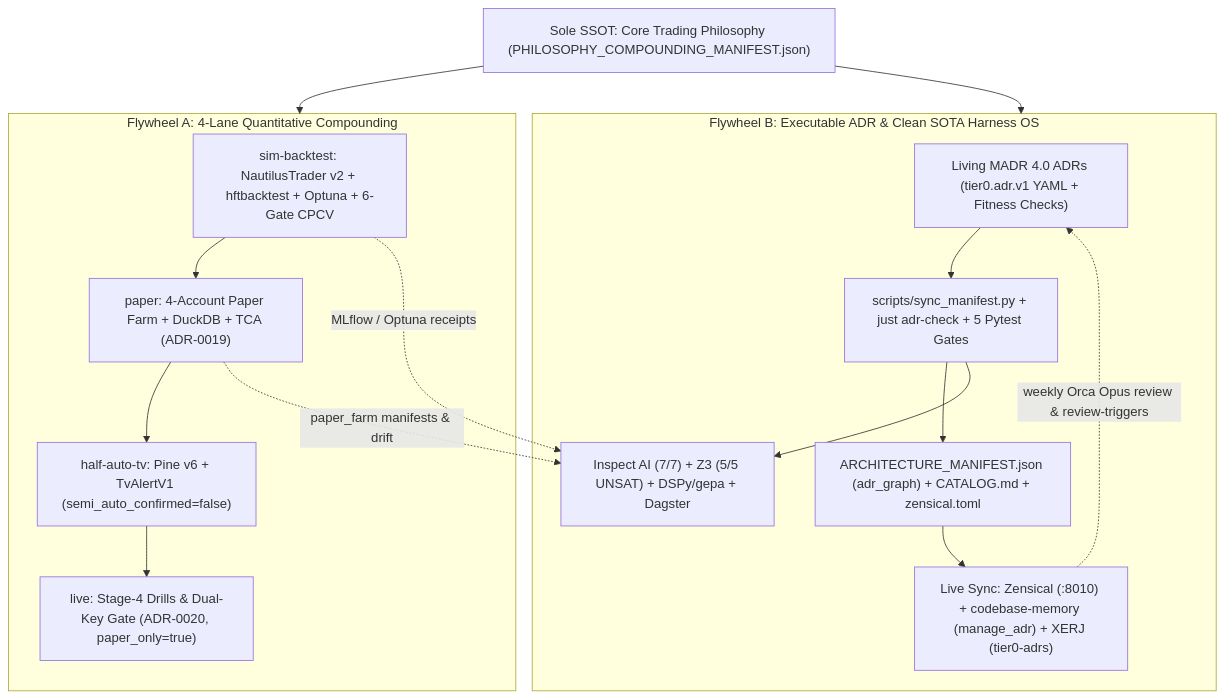
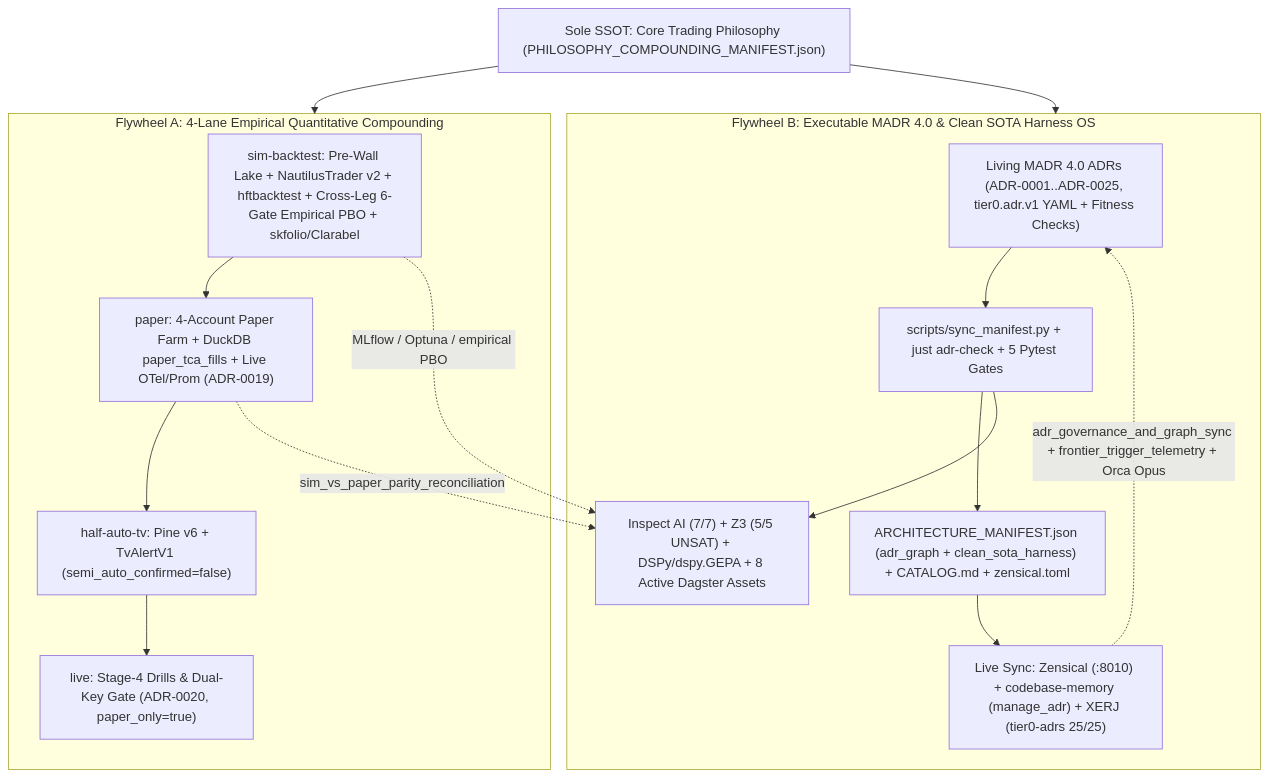
The diagram in docs/adr/ADR-0024.md (seathatflowsinourveins/noesis), drawn with Mermaid before and after one commit. The commit also changed other lines of this file and 38 other files, not shown here.

Commit message:
feat(sota): land ADR-0025 research convergence frameworks, zero-paper-winners audit, causal ML/skfolio/ALFRED wiring & 25-ADR sync

````diff
--- a/docs/adr/ADR-0024.md
+++ b/docs/adr/ADR-0024.md
@@ -86,19 +89,19 @@
 ```mermaid
 flowchart TD
     PHIL["Sole SSOT: Core Trading Philosophy (PHILOSOPHY_COMPOUNDING_MANIFEST.json)"] --> FWA
     PHIL --> FWB
-    subgraph FWA ["Flywheel A: 4-Lane Quantitative Compounding"]
-        L1["sim-backtest: NautilusTrader v2 + hftbacktest + Optuna + 6-Gate CPCV"] --> L2["paper: 4-Account Paper Farm + DuckDB + TCA (ADR-0019)"]
+    subgraph FWA ["Flywheel A: 4-Lane Empirical Quantitative Compounding"]
+        L1["sim-backtest: Pre-Wall Lake + NautilusTrader v2 + hftbacktest + Cross-Leg 6-Gate Empirical PBO + skfolio/Clarabel"] --> L2["paper: 4-Account Paper Farm + DuckDB paper_tca_fills + Live OTel/Prom (ADR-0019)"]
         L2 --> L3["half-auto-tv: Pine v6 + TvAlertV1 (semi_auto_confirmed=false)"]
         L3 --> L4["live: Stage-4 Drills & Dual-Key Gate (ADR-0020, paper_only=true)"]
     end
-    subgraph FWB ["Flywheel B: Executable ADR & Clean SOTA Harness OS"]
-        ADR["Living MADR 4.0 ADRs (tier0.adr.v1 YAML + Fitness Checks)"] --> SYNC["scripts/sync_manifest.py + just adr-check + 5 Pytest Gates"]
-        SYNC --> MAN["ARCHITECTURE_MANIFEST.json (adr_graph) + CATALOG.md + zensical.toml"]
-        SYNC --> EVAL["Inspect AI (7/7) + Z3 (5/5 UNSAT) + DSPy/gepa + Dagster"]
-        MAN --> MEM["Live Sync: Zensical (:8010) + codebase-memory (manage_adr) + XERJ (tier0-adrs)"]
+    subgraph FWB ["Flywheel B: Executable MADR 4.0 & Clean SOTA Harness OS"]
+        ADR["Living MADR 4.0 ADRs (ADR-0001..ADR-0025, tier0.adr.v1 YAML + Fitness Checks)"] --> SYNC["scripts/sync_manifest.py + just adr-check + 5 Pytest Gates"]
+        SYNC --> MAN["ARCHITECTURE_MANIFEST.json (adr_graph + clean_sota_harness) + CATALOG.md + zensical.toml"]
+        SYNC --> EVAL["Inspect AI (7/7) + Z3 (5/5 UNSAT) + DSPy/dspy.GEPA + 8 Active Dagster Assets"]
+        MAN --> MEM["Live Sync: Zensical (:8010) + codebase-memory (manage_adr) + XERJ (tier0-adrs 25/25)"]
     end
-    L1 -. "MLflow / Optuna receipts" .-> EVAL
-    L2 -. "paper_farm manifests & drift" .-> EVAL
-    MEM -. "weekly Orca Opus review & review-triggers" .-> ADR
+    L1 -. "MLflow / Optuna / empirical PBO" .-> EVAL
+    L2 -. "sim_vs_paper_parity_reconciliation" .-> EVAL
+    MEM -. "adr_governance_and_graph_sync + frontier_trigger_telemetry + Orca Opus" .-> ADR
 ```
````
